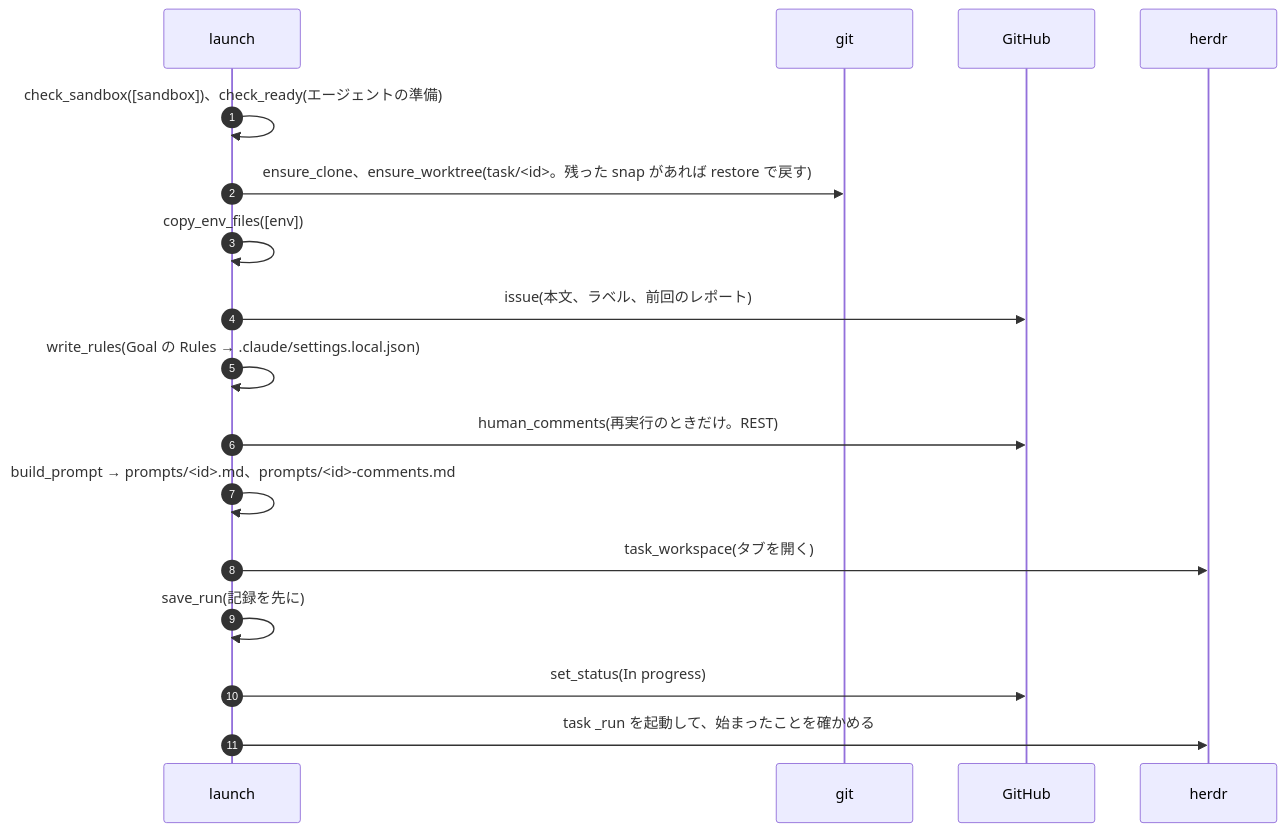
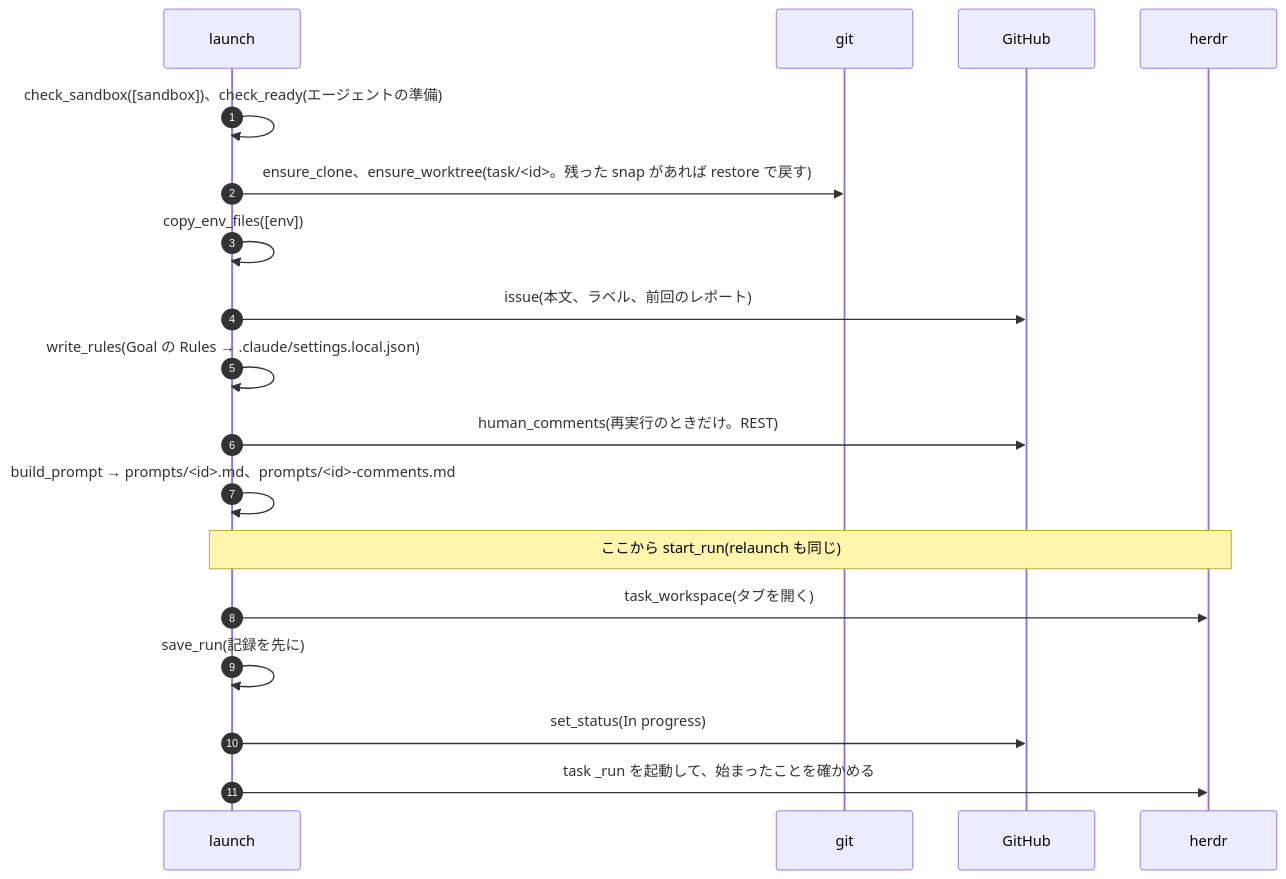
The fifth of 9 diagrams in docs/architecture/lld.md (jyoka/task-hub), drawn with Mermaid before and after one commit. The commit also changed other lines of this file and 10 other files, not shown here.

````diff
--- a/docs/architecture/lld.md
+++ b/docs/architecture/lld.md
@@ -228,19 +238,20 @@
 ```mermaid
 sequenceDiagram
     autonumber
     participant L as launch
     participant G as git
     participant GH as GitHub
     participant H as herdr
     L->>L: check_sandbox([sandbox])、check_ready(エージェントの準備)
     L->>G: ensure_clone、ensure_worktree(task/<id>。残った snap があれば restore で戻す)
     L->>L: copy_env_files([env])
     L->>GH: issue(本文、ラベル、前回のレポート)
     L->>L: write_rules(Goal の Rules → .claude/settings.local.json)
     L->>GH: human_comments(再実行のときだけ。REST)
     L->>L: build_prompt → prompts/<id>.md、prompts/<id>-comments.md
+    Note over L,H: ここから start_run(relaunch も同じ)
     L->>H: task_workspace(タブを開く)
     L->>L: save_run(記録を先に)
     L->>GH: set_status(In progress)
     L->>H: task _run を起動して、始まったことを確かめる
 ```
````
